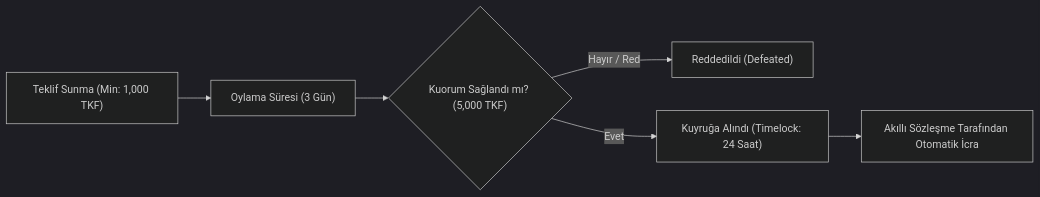
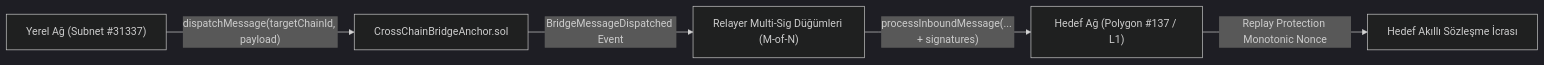
One commit to bahattinyunus/teknofest_blokzincir changed the fifth of 5 diagrams in docs/ARCHITECTURE.md. Above: the diagram before and after it, drawn with Mermaid (dark theme). The commit also changed other lines of this file and 22 other files, not shown here.

Commit message:
feat: complete enterprise expansion with ZK-Proof verifier, jury scoring protocol, cross-chain bridge anchor, 22 passing tests, and 9-tab web3 console

````diff
--- a/docs/ARCHITECTURE.md
+++ b/docs/ARCHITECTURE.md
@@ -99,8 +139,7 @@
 ```mermaid
 flowchart LR
-    A["Teklif Sunma (Min: 1,000 TKF)"] --> B["Oylama Süresi (3 Gün)"]
-    B --> C{"Kuorum Sağlandı mı? (5,000 TKF)"}
-    C -- Hayır / Red --> D["Reddedildi (Defeated)"]
-    C -- Evet --> E["Kuyruğa Alındı (Timelock: 24 Saat)"]
-    E --> F["Akıllı Sözleşme Tarafından Otomatik İcra"]
+    A["Yerel Ağ (Subnet #31337)"] -->|"dispatchMessage(targetChainId, payload)"| B["CrossChainBridgeAnchor.sol"]
+    B -->|"BridgeMessageDispatched Event"| C["Relayer Multi-Sig Düğümleri (M-of-N)"]
+    C -->|"processInboundMessage(... + signatures)"| D["Hedef Ağ (Polygon #137 / L1)"]
+    D -->|"Replay Protection Monotonic Nonce"| E["Hedef Akıllı Sözleşme İcrası"]
 ```
````
